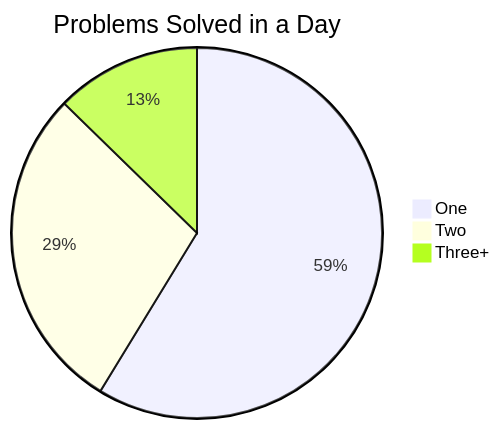
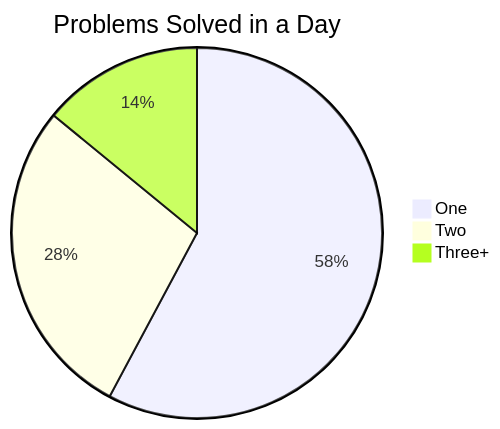
The second of 2 diagrams in readme.md (Jasjeet-Singh-S/100-days-DSA), drawn with Mermaid before and after one commit. The commit also changed other lines of this file and 5 other files, not shown here.

````diff
--- a/readme.md
+++ b/readme.md
@@ -25,6 +25,6 @@
 ```mermaid
 pie title Problems Solved in a Day
     "One" : 37
     "Two" : 18
-    "Three+" : 8
+    "Three+" : 9
 ```
````
